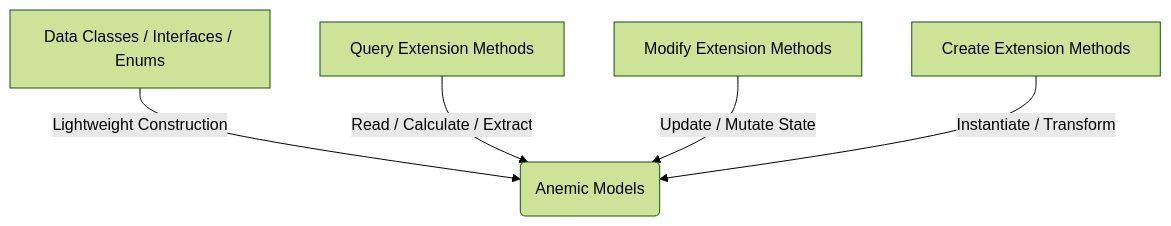
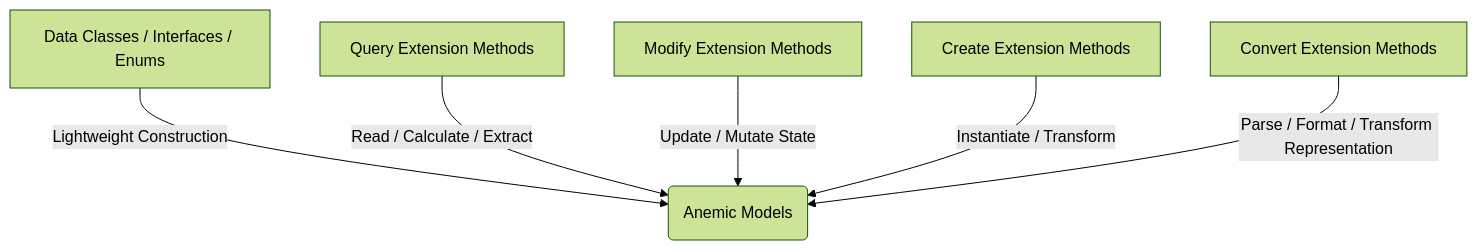
One commit to ZiolkowskiJakub/DiGi.Core changed the diagram in README.md. Above: the diagram before and after it, drawn with Mermaid (forest theme). The commit also changed other lines of this file, not shown here.

First line of the commit message:
Document Convert extension-method category in README

````diff
--- a/README.md
+++ b/README.md
@@ -51,7 +51,8 @@
 ```mermaid
 graph TD
     A[Data Classes / Interfaces / Enums] -->|Lightweight Construction| B(Anemic Models)
     C[Query Extension Methods] -->|Read / Calculate / Extract| B
     D[Modify Extension Methods] -->|Update / Mutate State| B
     E[Create Extension Methods] -->|Instantiate / Transform| B
+    F[Convert Extension Methods] -->|Parse / Format / Transform Representation| B
 ```
````
